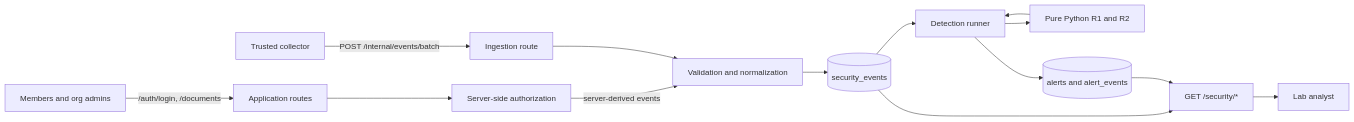
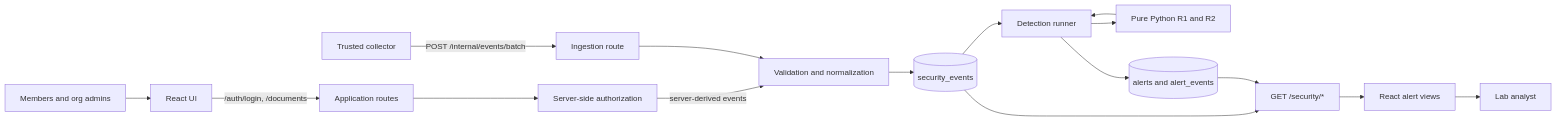
One commit to kerry-linn/project_detection changed the diagram in README.md. Above: the diagram before and after it, drawn with Mermaid. The commit also changed other lines of this file and 35 other files, not shown here.

````diff
--- a/README.md
+++ b/README.md
@@ -45,16 +50,18 @@
 ```mermaid
 flowchart LR
-    Users["Members and org admins"] -->|"/auth/login, /documents"| App["Application routes"]
+    Users["Members and org admins"] --> UI["React UI"]
+    UI -->|"/auth/login, /documents"| App["Application routes"]
     App --> Authz["Server-side authorization"]
     Authz -->|"server-derived events"| Validation["Validation and normalization"]
     Collector["Trusted collector"] -->|"POST /internal/events/batch"| API["Ingestion route"]
     API --> Validation
     Validation --> Events[(security_events)]
     Events --> Runner["Detection runner"]
     Runner --> Detector["Pure Python R1 and R2"]
     Detector --> Runner
     Runner --> Alerts[(alerts and alert_events)]
     Events --> Reads["GET /security/*"]
     Alerts --> Reads
-    Reads --> Analyst["Lab analyst"]
+    Reads --> AnalystUI["React alert views"]
+    AnalystUI --> Analyst["Lab analyst"]
 ```
````
